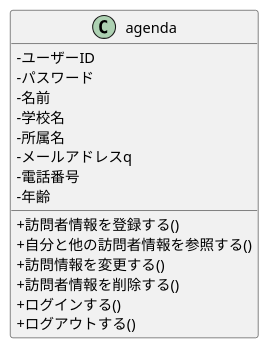
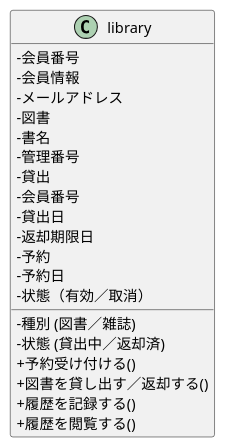
One commit to ghbuser12/ohara_uml changed the diagram in kouka_library/class.pu. Above: the diagram before and after it, drawn with PlantUML.

```diff
--- a/kouka_library/class.pu
+++ b/kouka_library/class.pu
@@ -1,19 +1,24 @@
 @startuml .
 skinparam classAttributeIconSize 0
-class agenda {
- -ユーザーID
- -パスワード
- -名前
- -学校名
- -所属名
- -メールアドレスq
- -電話番号
- -年齢
- +訪問者情報を登録する()
- +自分と他の訪問者情報を参照する()
- +訪問情報を変更する()
- +訪問者情報を削除する()
- +ログインする()
- +ログアウトする()
+class library {
+ -会員番号
+  -会員情報
+  -メールアドレス
+ -図書
+  -書名
+  -管理番号
+  -種別 (図書／雑誌)
+  -状態 (貸出中／返却済)
+- 貸出
+  - 会員番号
+  - 貸出日
+  - 返却期限日
+- 予約
+  - 予約日
+  - 状態（有効／取消）
++ 予約受け付ける()
++ 図書を貸し出す／返却する()
++ 履歴を記録する()
++ 履歴を閲覧する()
 }
 @enduml
```
